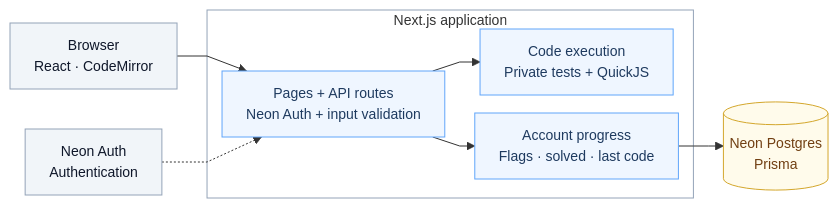
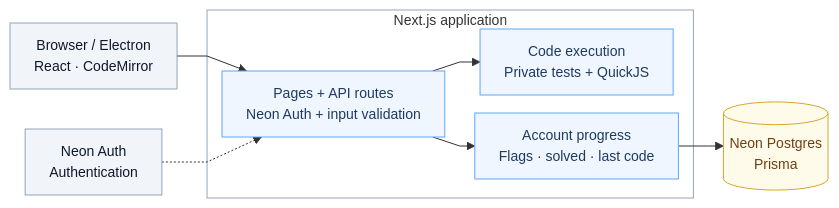
The diagram in README.md (eric-nichols-nyc/code-atlas), drawn with Mermaid before and after one commit. The commit also changed other lines of this file and 64 other files, not shown here.

````diff
--- a/README.md
+++ b/README.md
@@ -127,28 +132,28 @@
 ```mermaid
 %%{init: {"look": "classic", "fontFamily": "Arial", "themeVariables": {"fontFamily": "Arial, sans-serif", "fontSize": "14px"}, "flowchart": {"nodeSpacing": 18, "rankSpacing": 30, "curve": "linear", "padding": 12, "wrappingWidth": 220}}}%%
 flowchart LR
-    Browser["Browser<br/>React · CodeMirror"]
+    Browser["Browser / Electron<br/>React · CodeMirror"]
     Auth["Neon Auth<br/>Authentication"]
 
     subgraph Next["Next.js application"]
         Routes["Pages + API routes<br/>Neon Auth + input validation"]
         Judge["Code execution<br/>Private tests + QuickJS"]
         Progress["Account progress<br/>Flags · solved · last code"]
 
         Routes --> Judge
         Routes --> Progress
     end
 
     Browser --> Routes
     Auth -.-> Routes
     Progress --> Neon[("Neon Postgres<br/>Prisma")]
 
     style Next fill:transparent,stroke:#94a3b8,stroke-width:1px,font-family:Arial
     classDef default font-family:Arial
     classDef client fill:#f1f5f9,stroke:#94a3b8,color:#0f172a
     classDef app fill:#eff6ff,stroke:#60a5fa,color:#1e3a5f
     classDef data fill:#fffbeb,stroke:#d4a72c,color:#713f12
     class Browser,Auth client
     class Routes,Judge,Progress app
     class Neon data
 ```
````
